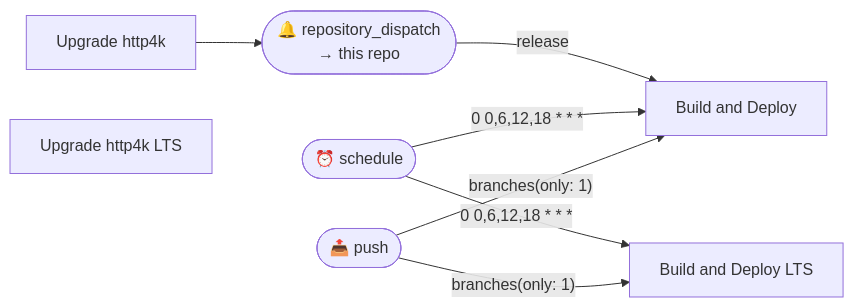
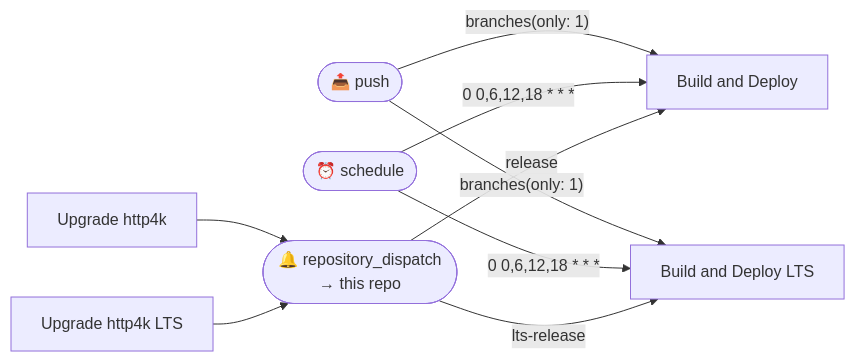
Before and after one commit to http4k/www: the diagram in .github/typeflows/README.md, drawn with Mermaid. The commit also changed 3 other files, not shown here.

````diff
--- a/.github/typeflows/README.md
+++ b/.github/typeflows/README.md
@@ -3,16 +3,18 @@
 ```mermaid
 flowchart LR
     push(["📤 push"])
     schedule(["⏰ schedule"])
     repositorydispatchgithubrepository(["🔔 repository_dispatch<br/>→ this repo"])
     buildyml["Build and Deploy"]
     buildltsyml["Build and Deploy LTS"]
     upgradehttp4kyml["Upgrade http4k"]
     upgradehttp4kltsyml["Upgrade http4k LTS"]
     push -->|"branches(only: 1)"|buildyml
     push -->|"branches(only: 1)"|buildltsyml
     schedule -->|"0 0,6,12,18 * * *"|buildyml
     schedule -->|"0 0,6,12,18 * * *"|buildltsyml
     upgradehttp4kyml --> repositorydispatchgithubrepository
     repositorydispatchgithubrepository -->|"release"|buildyml
+    upgradehttp4kltsyml --> repositorydispatchgithubrepository
+    repositorydispatchgithubrepository -->|"lts-release"|buildltsyml
 ```
````
